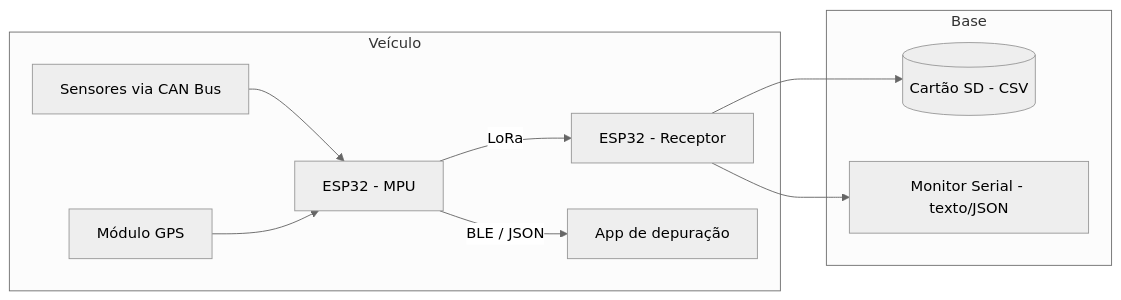
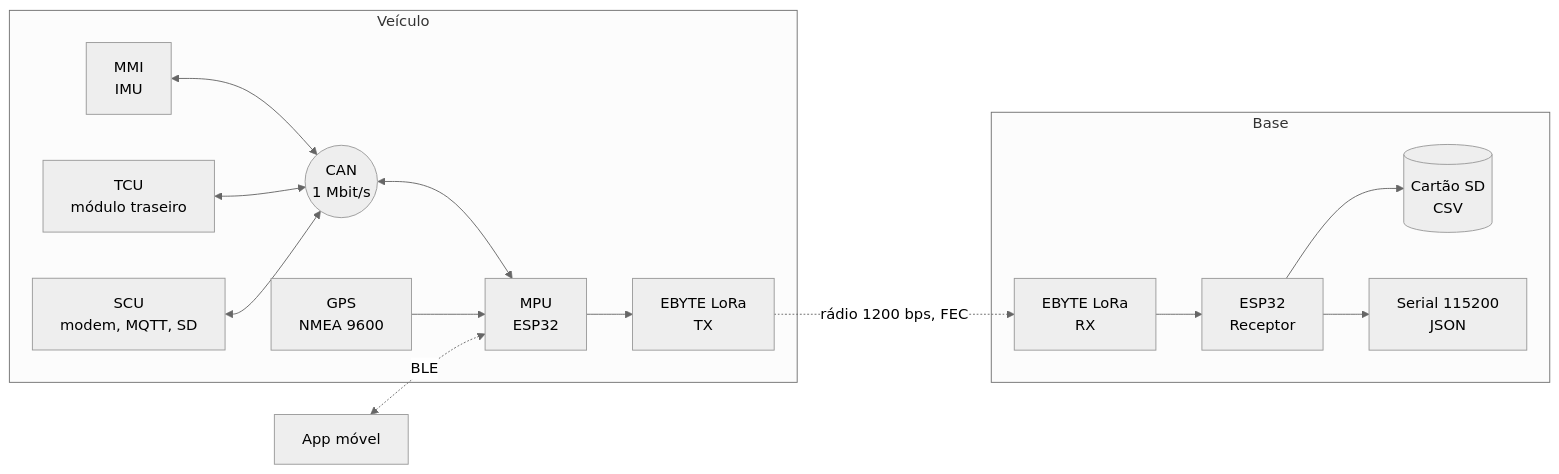
The first of 9 diagrams in README.md (DARXS/MangueBaja_MPU-25), drawn with Mermaid (neutral theme) before and after one commit. The commit also changed other lines of this file, not shown here.

````diff
--- a/README.md
+++ b/README.md
@@ -23,13 +59,18 @@
 ```mermaid
 flowchart LR
-    subgraph Veículo
-        CAN[Sensores via CAN Bus] --> MPU[ESP32 - MPU]
-        GPS[Módulo GPS] --> MPU
-        MPU -- LoRa --> RX[ESP32 - Receptor]
-        MPU -- BLE / JSON --> APP[App de depuração]
+    subgraph VEICULO["Veículo"]
+        MMI["MMI<br/>IMU"] <--> CAN(("CAN<br/>1 Mbit/s"))
+        TCU["TCU<br/>módulo traseiro"] <--> CAN
+        SCU["SCU<br/>modem, MQTT, SD"] <--> CAN
+        CAN <--> MPU["MPU<br/>ESP32"]
+        GPS["GPS<br/>NMEA 9600"] --> MPU
+        MPU --> LTX["EBYTE LoRa<br/>TX"]
     end
-    subgraph Base
-        RX --> SD[(Cartão SD - CSV)]
-        RX --> SERIAL[Monitor Serial - texto/JSON]
+    LTX -. "rádio 1200 bps, FEC" .-> LRX["EBYTE LoRa<br/>RX"]
+    subgraph BASE["Base"]
+        LRX --> REC["ESP32<br/>Receptor"]
+        REC --> SD[("Cartão SD<br/>CSV")]
+        REC --> SER["Serial 115200<br/>JSON"]
     end
+    APP["App móvel"] <-. "BLE" .-> MPU
 ```
````
